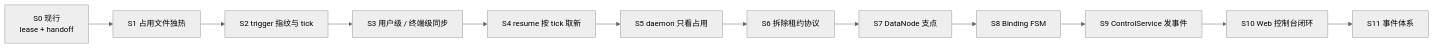
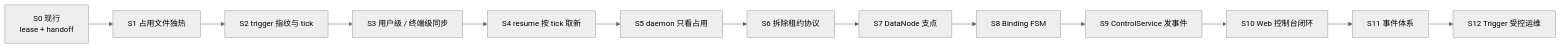
The diagram in ROADMAP.md (yukai08008/dual-tmux), drawn with Mermaid (neutral theme) before and after one commit. The commit also changed other lines of this file and 12 other files, not shown here.

Commit message:
docs: S12 roadmap, contract snapshot, dev plans, and v0.4.76 tests

````diff
--- a/ROADMAP.md
+++ b/ROADMAP.md
@@ -25,14 +26,15 @@
 ```mermaid
 flowchart LR
   S0["S0 现行<br/>lease + handoff"] --> S1["S1 占用文件独热"]
   S1 --> S2["S2 trigger 指纹与 tick"]
   S2 --> S3["S3 用户级 / 终端级同步"]
   S3 --> S4["S4 resume 按 tick 取新"]
   S4 --> S5["S5 daemon 只看占用"]
   S5 --> S6["S6 拆除租约协议"]
   S6 --> S7["S7 DataNode 支点"]
   S7 --> S8["S8 Binding FSM"]
   S8 --> S9["S9 ControlService 发事件"]
   S9 --> S10["S10 Web 控制台闭环"]
   S10 --> S11["S11 事件体系"]
+  S11 --> S12["S12 Trigger 受控运维"]
 ```
````
